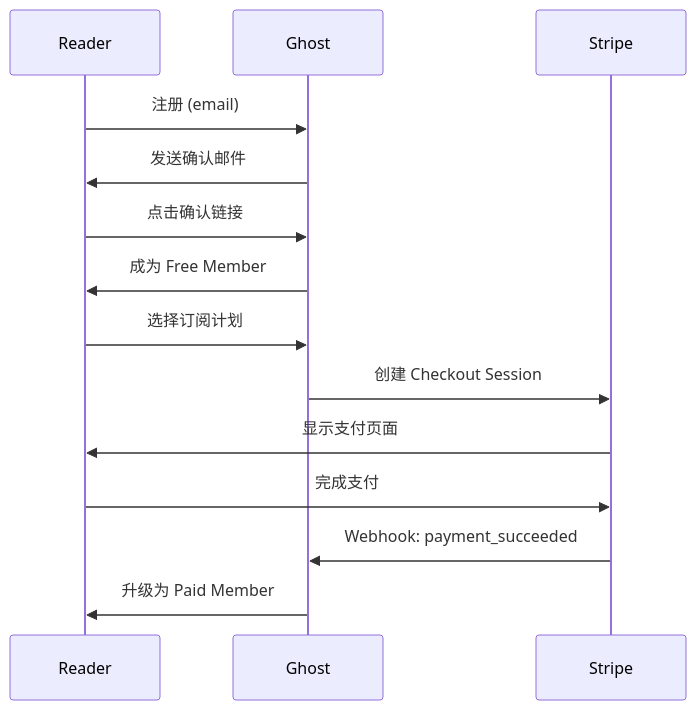
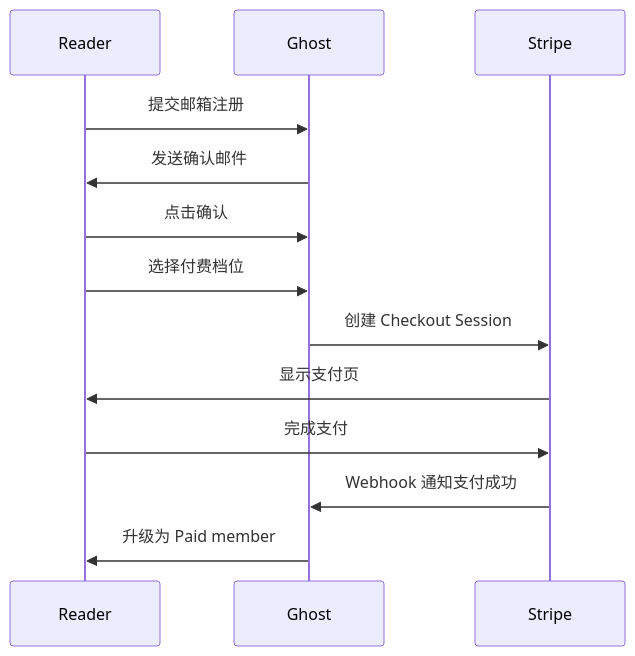
One commit to A1pha3/text-matrix changed the second of 2 diagrams in content/posts/tech/tools/ghost-headless-cms-expert-guide.md. Above: the diagram before and after it, drawn with Mermaid. The commit also changed other lines of this file and 5 other files, not shown here.

````diff
--- a/content/posts/tech/tools/ghost-headless-cms-expert-guide.md
+++ b/content/posts/tech/tools/ghost-headless-cms-expert-guide.md
@@ -311,18 +139,16 @@
 ```mermaid
 sequenceDiagram
     participant Reader
     participant Ghost
     participant Stripe
-    
-    Reader->>Ghost: 注册 (email)
+
+    Reader->>Ghost: 提交邮箱注册
     Ghost->>Reader: 发送确认邮件
-    Reader->>Ghost: 点击确认链接
-    Ghost->>Reader: 成为 Free Member
-    
-    Reader->>Ghost: 选择订阅计划
+    Reader->>Ghost: 点击确认
+    Reader->>Ghost: 选择付费档位
     Ghost->>Stripe: 创建 Checkout Session
-    Stripe->>Reader: 显示支付页面
+    Stripe->>Reader: 显示支付页
     Reader->>Stripe: 完成支付
-    Stripe->>Ghost: Webhook: payment_succeeded
-    Ghost->>Reader: 升级为 Paid Member
+    Stripe->>Ghost: Webhook 通知支付成功
+    Ghost->>Reader: 升级为 Paid member
 ```
````
